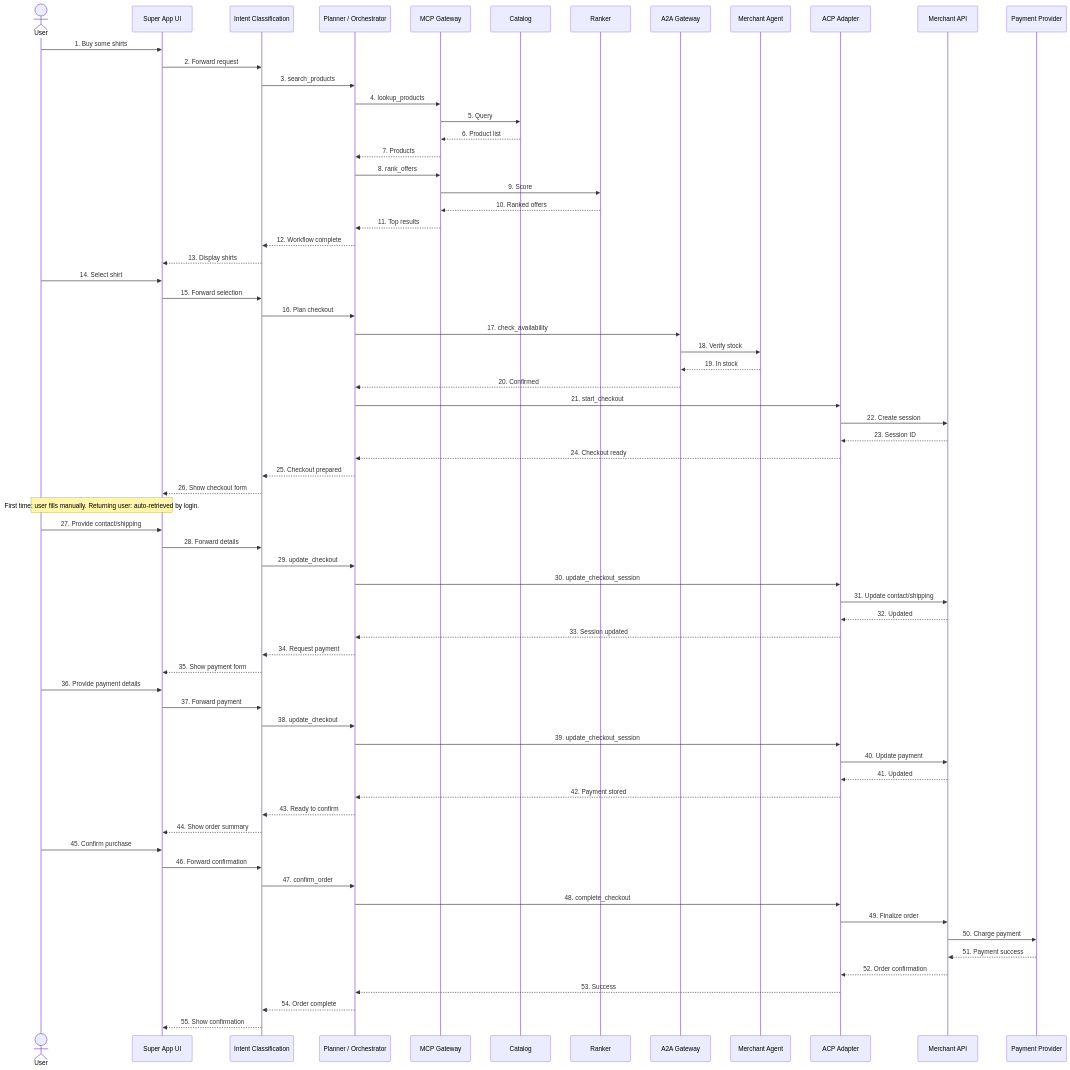
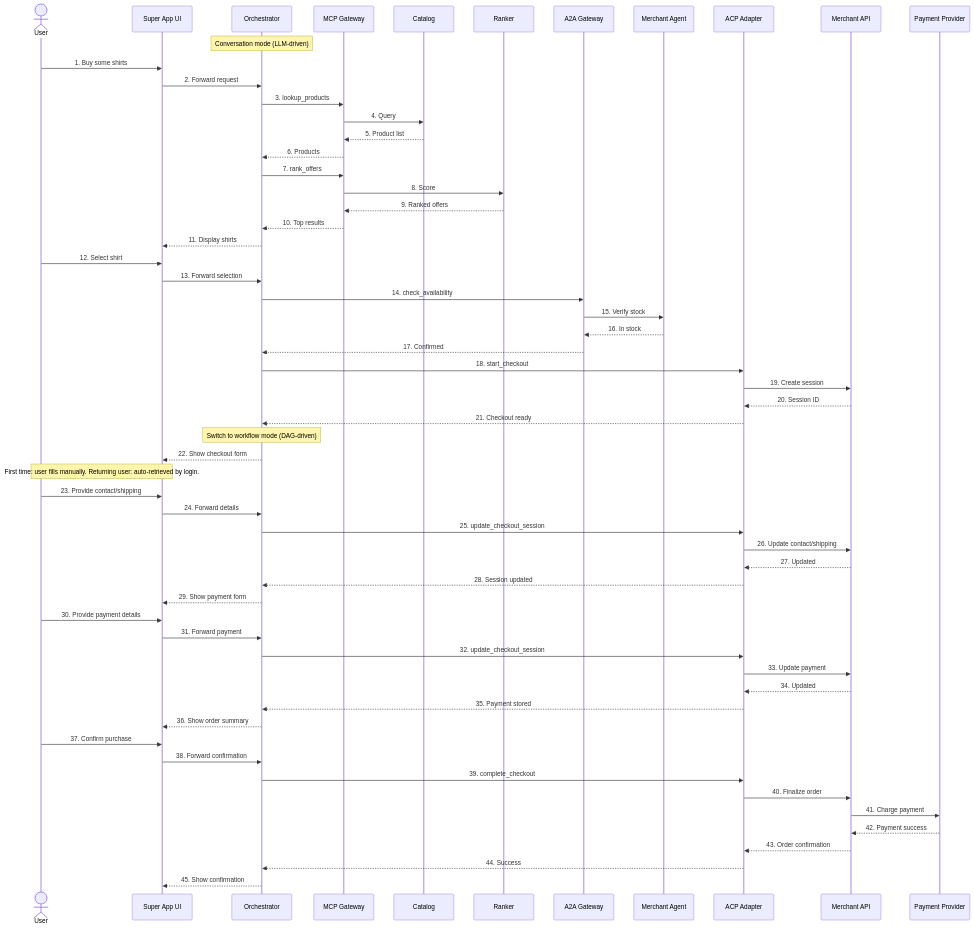
The third of 3 diagrams in understanding/design/layered-architecture-mvp.md (zhuohanl/agentic-commerce-protocol-demo), drawn with Mermaid before and after one commit. The commit also changed other lines of this file, not shown here.

Commit message:
Updated layered architecture design doc

````diff
--- a/understanding/design/layered-architecture-mvp.md
+++ b/understanding/design/layered-architecture-mvp.md
@@ -460,8 +425,7 @@
 
 actor User
 participant UI as Super App UI
-participant Intent as Intent Classification
-participant Planner as Planner / Orchestrator
+participant Orch as Orchestrator
 participant MCP as MCP Gateway
 participant Catalog
 participant Ranker
@@ -471,74 +435,68 @@
 participant MerchantAPI as Merchant API
 participant PSP as Payment Provider
 
+Note over Orch: Conversation mode (LLM-driven)
+
 User->>UI: 1. Buy some shirts
-UI->>Intent: 2. Forward request
-Intent->>Planner: 3. search_products
+UI->>Orch: 2. Forward request
 
-Planner->>MCP: 4. lookup_products
-MCP->>Catalog: 5. Query
-Catalog-->>MCP: 6. Product list
-MCP-->>Planner: 7. Products
+Orch->>MCP: 3. lookup_products
+MCP->>Catalog: 4. Query
+Catalog-->>MCP: 5. Product list
+MCP-->>Orch: 6. Products
 
-Planner->>MCP: 8. rank_offers
-MCP->>Ranker: 9. Score
-Ranker-->>MCP: 10. Ranked offers
-MCP-->>Planner: 11. Top results
+Orch->>MCP: 7. rank_offers
+MCP->>Ranker: 8. Score
+Ranker-->>MCP: 9. Ranked offers
+MCP-->>Orch: 10. Top results
 
-Planner-->>Intent: 12. Workflow complete
-Intent-->>UI: 13. Display shirts
+Orch-->>UI: 11. Display shirts
 
-User->>UI: 14. Select shirt
-UI->>Intent: 15. Forward selection
-Intent->>Planner: 16. Plan checkout
+User->>UI: 12. Select shirt
+UI->>Orch: 13. Forward selection
 
-Planner->>A2A: 17. check_availability
-A2A->>MerchantAgent: 18. Verify stock
-MerchantAgent-->>A2A: 19. In stock
-A2A-->>Planner: 20. Confirmed
+Orch->>A2A: 14. check_availability
+A2A->>MerchantAgent: 15. Verify stock
+MerchantAgent-->>A2A: 16. In stock
+A2A-->>Orch: 17. Confirmed
 
-Planner->>ACP: 21. start_checkout
-ACP->>MerchantAPI: 22. Create session
-MerchantAPI-->>ACP: 23. Session ID
-ACP-->>Planner: 24. Checkout ready
+Orch->>ACP: 18. start_checkout
+ACP->>MerchantAPI: 19. Create session
+MerchantAPI-->>ACP: 20. Session ID
+ACP-->>Orch: 21. Checkout ready
 
-Planner-->>Intent: 25. Checkout prepared
-Intent-->>UI: 26. Show checkout form
+Note over Orch: Switch to workflow mode (DAG-driven)
+
+Orch-->>UI: 22. Show checkout form
 
 Note over User,UI: First time: user fills manually. Returning user: auto-retrieved by login.
 
-User->>UI: 27. Provide contact/shipping
-UI->>Intent: 28. Forward details
-Intent->>Planner: 29. update_checkout
-Planner->>ACP: 30. update_checkout_session
-ACP->>MerchantAPI: 31. Update contact/shipping
-MerchantAPI-->>ACP: 32. Updated
-ACP-->>Planner: 33. Session updated
-Planner-->>Intent: 34. Request payment
-Intent-->>UI: 35. Show payment form
+User->>UI: 23. Provide contact/shipping
+UI->>Orch: 24. Forward details
+Orch->>ACP: 25. update_checkout_session
+ACP->>MerchantAPI: 26. Update contact/shipping
+MerchantAPI-->>ACP: 27. Updated
+ACP-->>Orch: 28. Session updated
+Orch-->>UI: 29. Show payment form
 
-User->>UI: 36. Provide payment details
-UI->>Intent: 37. Forward payment
-Intent->>Planner: 38. update_checkout
-Planner->>ACP: 39. update_checkout_session
-ACP->>MerchantAPI: 40. Update payment
-MerchantAPI-->>ACP: 41. Updated
-ACP-->>Planner: 42. Payment stored
-Planner-->>Intent: 43. Ready to confirm
-Intent-->>UI: 44. Show order summary
+User->>UI: 30. Provide payment details
+UI->>Orch: 31. Forward payment
+Orch->>ACP: 32. update_checkout_session
+ACP->>MerchantAPI: 33. Update payment
+MerchantAPI-->>ACP: 34. Updated
+ACP-->>Orch: 35. Payment stored
+Orch-->>UI: 36. Show order summary
 
-User->>UI: 45. Confirm purchase
-UI->>Intent: 46. Forward confirmation
-Intent->>Planner: 47. confirm_order
+User->>UI: 37. Confirm purchase
+UI->>Orch: 38. Forward confirmation
 
-Planner->>ACP: 48. complete_checkout
-ACP->>MerchantAPI: 49. Finalize order
-MerchantAPI->>PSP: 50. Charge payment
-PSP-->>MerchantAPI: 51. Payment success
+Orch->>ACP: 39. complete_checkout
+ACP->>MerchantAPI: 40. Finalize order
+MerchantAPI->>PSP: 41. Charge payment
+PSP-->>MerchantAPI: 42. Payment success
 
-MerchantAPI-->>ACP: 52. Order confirmation
-ACP-->>Planner: 53. Success
+MerchantAPI-->>ACP: 43. Order confirmation
+ACP-->>Orch: 44. Success
 
-Planner-->>Intent: 54. Order complete
-Intent-->>UI: 55. Show confirmation
+Orch-->>UI: 45. Show confirmation
 ```
````
